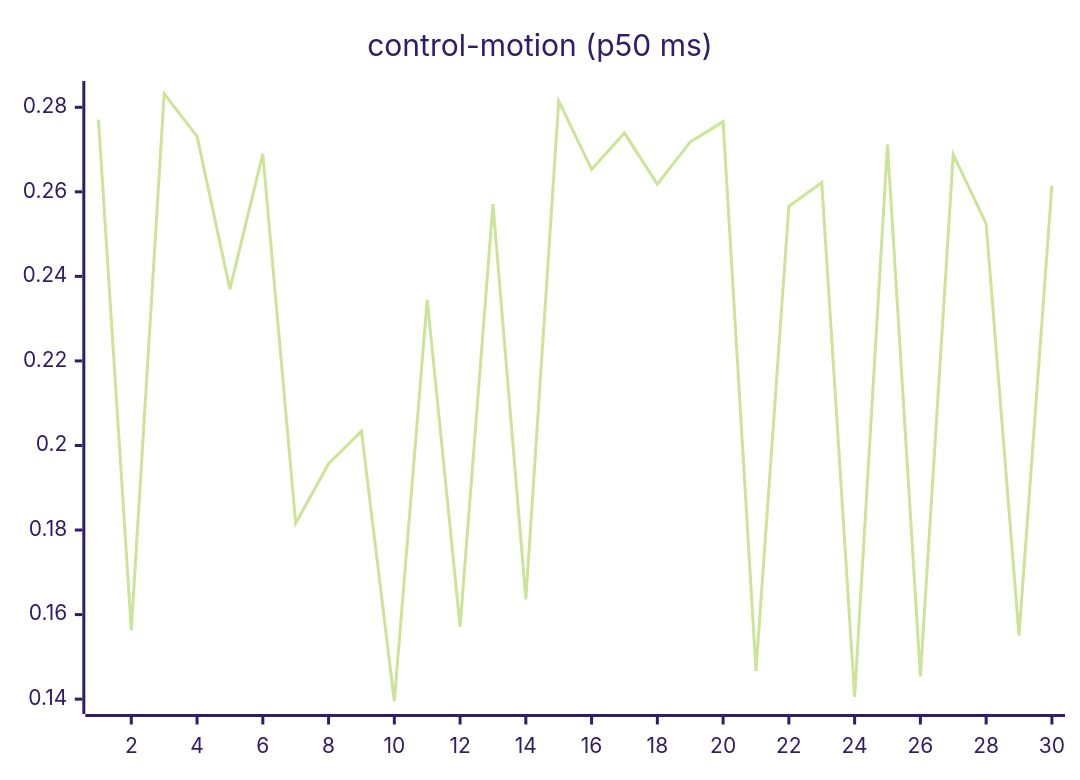
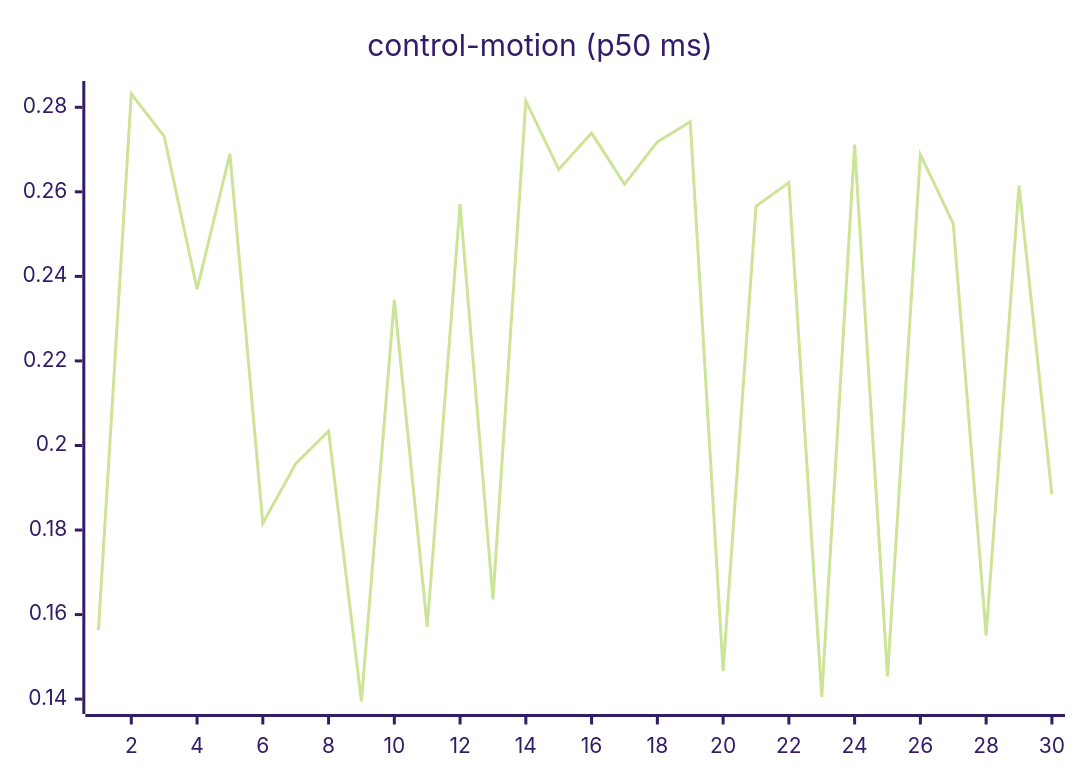
Before and after one commit to josha/Facet: the seventh of 27 diagrams in README.md, drawn with Mermaid (forest theme). The commit also changed other lines of this file and 2 other files, not shown here.

````diff
--- a/README.md
+++ b/README.md
@@ -105,6 +105,6 @@
 ```mermaid
 xychart-beta
     title "control-motion (p50 ms)"
     x-axis 1 --> 30
-    line [0.2771, 0.1563, 0.2832, 0.2731, 0.2370, 0.2690, 0.1816, 0.1957, 0.2034, 0.1395, 0.2345, 0.1571, 0.2571, 0.1636, 0.2815, 0.2653, 0.2739, 0.2618, 0.2718, 0.2766, 0.1467, 0.2566, 0.2622, 0.1405, 0.2712, 0.1454, 0.2688, 0.2525, 0.1550, 0.2615]
+    line [0.1563, 0.2832, 0.2731, 0.2370, 0.2690, 0.1816, 0.1957, 0.2034, 0.1395, 0.2345, 0.1571, 0.2571, 0.1636, 0.2815, 0.2653, 0.2739, 0.2618, 0.2718, 0.2766, 0.1467, 0.2566, 0.2622, 0.1405, 0.2712, 0.1454, 0.2688, 0.2525, 0.1550, 0.2615, 0.1884]
 ```
````
